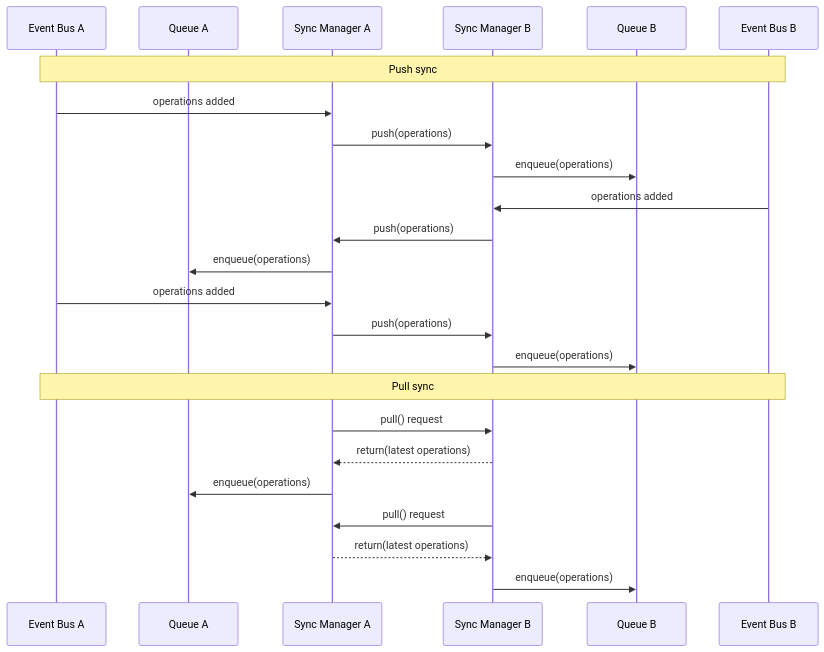
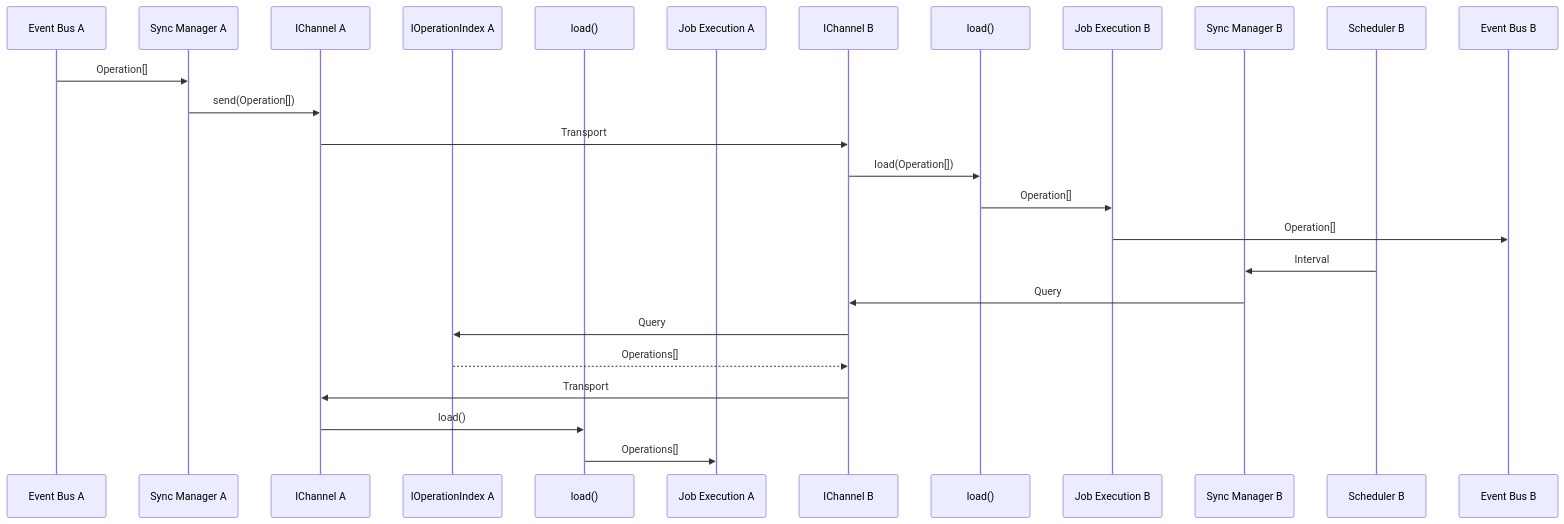
The fourth of 4 diagrams in packages/reactor/docs/planning/Synchronization/index.md (powerhouse-inc/powerhouse), drawn with Mermaid before and after one commit. The commit also changed other lines of this file and 2 other files, not shown here.

````diff
--- a/packages/reactor/docs/planning/Synchronization/index.md
+++ b/packages/reactor/docs/planning/Synchronization/index.md
@@ -135,37 +128,33 @@
 ```mermaid
 sequenceDiagram
     participant EBA as Event Bus A
-    participant QA as Queue A
     participant SMA as Sync Manager A
+    participant AChannel as IChannel A
+    participant AOI as IOperationIndex A
+    participant LoadA as load()
+    participant JEA as Job Execution A
+
+    participant BChannel as IChannel B
+    participant LoadB as load()
+    participant JEB as Job Execution B
     participant SMB as Sync Manager B
-    participant QB as Queue B
+    participant SchedulerB as Scheduler B
     participant EBB as Event Bus B
 
-    Note over EBA, EBB: Push sync
+    %% Reactor A pushes operations
+    EBA->>SMA: Operation[]
+    SMA->>AChannel: send(Operation[])
+    AChannel->>BChannel: Transport
+    BChannel->>LoadB: load(Operation[])
+    LoadB->>JEB: Operation[]
+    JEB->>EBB: Operation[]
 
-    %% Reactor A initiates sync
-    EBA->>SMA: operations added
-    SMA->>SMB: push(operations)
-    SMB->>QB: enqueue(operations)
-
-    %% Reactor B responds with its operations
-    EBB->>SMB: operations added
-    SMB->>SMA: push(operations)
-    SMA->>QA: enqueue(operations)
-
-    %% Continued ping-pong
-    EBA->>SMA: operations added
-    SMA->>SMB: push(operations)
-    SMB->>QB: enqueue(operations)
-
-    Note over EBA, EBB: Pull sync
-
-    %% Pull-based sync (scheduled)
-    SMA->>SMB: pull() request
-    SMB-->>SMA: return(latest operations)
-    SMA->>QA: enqueue(operations)
-
-    SMB->>SMA: pull() request
-    SMA-->>SMB: return(latest operations)
-    SMB->>QB: enqueue(operations)
+    %% Reactor B pulls operations
+    SchedulerB->>SMB: Interval
+    SMB->>BChannel: Query
+    BChannel->>AOI: Query
+    AOI-->>BChannel: Operations[]
+    BChannel->>AChannel: Transport
+    AChannel->>LoadA: load()
+    LoadA->>JEA: Operations[]
 ```
````
